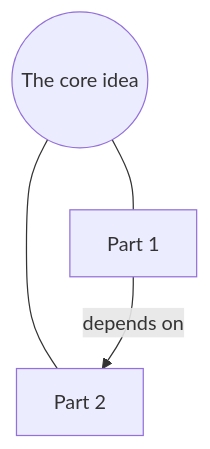
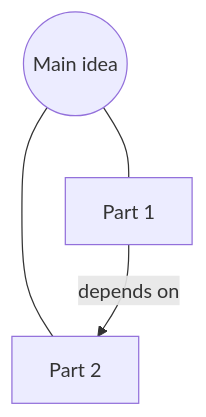
The fourth of 4 diagrams in plugins/dots/skills/explain/references/visual-patterns.md (rishirsv/dots), drawn with Mermaid before and after one commit. The commit also changed other lines of this file and 13 other files, not shown here.

````diff
--- a/plugins/dots/skills/explain/references/visual-patterns.md
+++ b/plugins/dots/skills/explain/references/visual-patterns.md
@@ -74,6 +73,6 @@
 ```mermaid
 flowchart TD
-  Core((The core idea)) --- P1[Part 1]
-  Core --- P2[Part 2]
-  P1 -->|depends on| P2
+  A((Main idea)) --- B[Part 1]
+  A --- C[Part 2]
+  B -->|depends on| C
 ```
````
